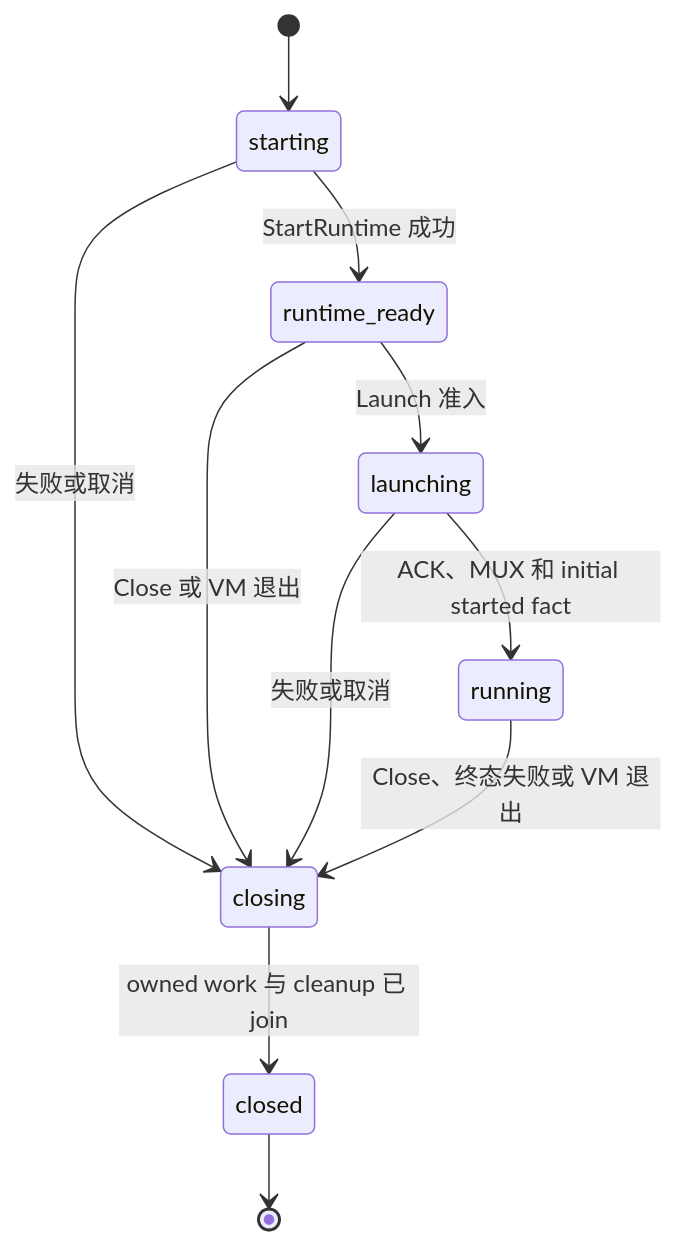
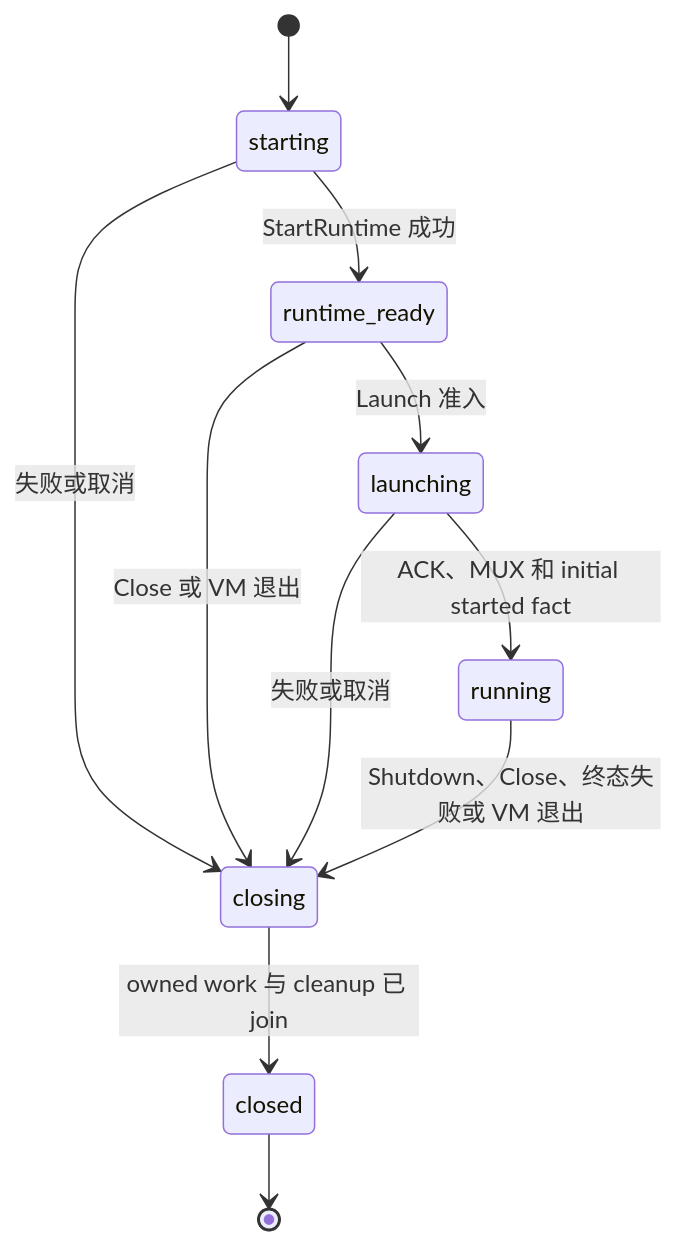
The diagram in docs/runtime_zh.md (kuasar-sandbox/sandboxer), drawn with Mermaid before and after one commit. The commit also changed other lines of this file and 44 other files, not shown here.

````diff
--- a/docs/runtime_zh.md
+++ b/docs/runtime_zh.md
@@ -79,13 +79,13 @@
 ```mermaid
 stateDiagram-v2
     [*] --> starting
     starting --> runtime_ready: StartRuntime 成功
     runtime_ready --> launching: Launch 准入
     launching --> running: ACK、MUX 和 initial started fact
     starting --> closing: 失败或取消
     runtime_ready --> closing: Close 或 VM 退出
     launching --> closing: 失败或取消
-    running --> closing: Close、终态失败或 VM 退出
+    running --> closing: Shutdown、Close、终态失败或 VM 退出
     closing --> closed: owned work 与 cleanup 已 join
     closed --> [*]
 ```
````
